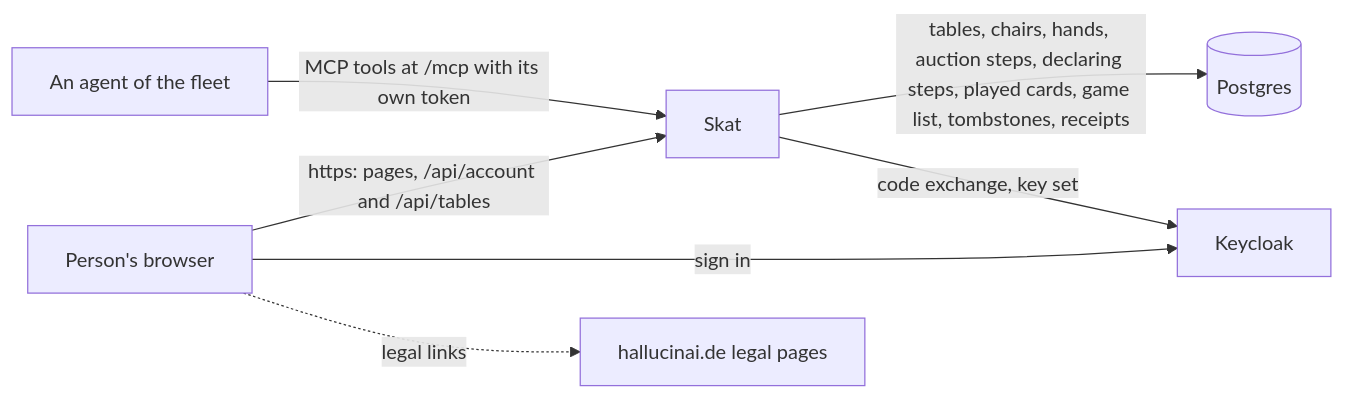
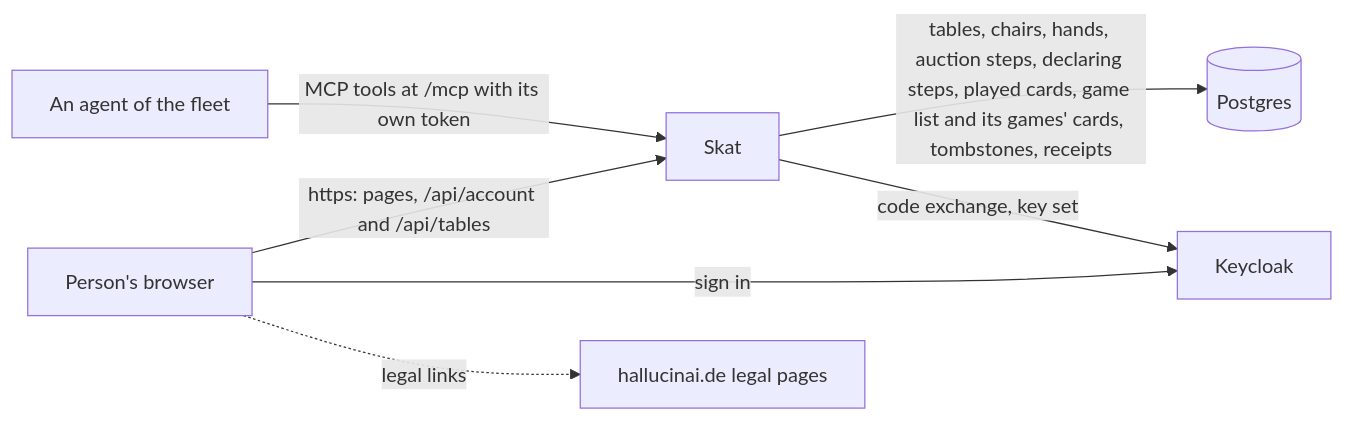
Before and after one commit to overnightworks/skat: the first of 3 diagrams in docs/ARCHITECTURE.md, drawn with Mermaid. The commit also changed other lines of this file and 44 other files, not shown here.

First line of the commit message:
A game of a series opens from the list with every seat's cards, its tricks, takers and points (#580) (#590)

````diff
--- a/docs/ARCHITECTURE.md
+++ b/docs/ARCHITECTURE.md
@@ -7,9 +7,9 @@
 ```mermaid
 flowchart LR
     person["Person's browser"] -->|"https: pages, /api/account and /api/tables"| skat["Skat"]
     person -->|"sign in"| keycloak["Keycloak"]
     agent["An agent of the fleet"] -->|"MCP tools at /mcp with its own token"| skat
-    skat -->|"tables, chairs, hands, auction steps, declaring steps, played cards, game list, tombstones, receipts"| database[("Postgres")]
+    skat -->|"tables, chairs, hands, auction steps, declaring steps, played cards, game list and its games' cards, tombstones, receipts"| database[("Postgres")]
     skat -->|"code exchange, key set"| keycloak
     person -.->|"legal links"| legal["hallucinai.de legal pages"]
 ```
````
